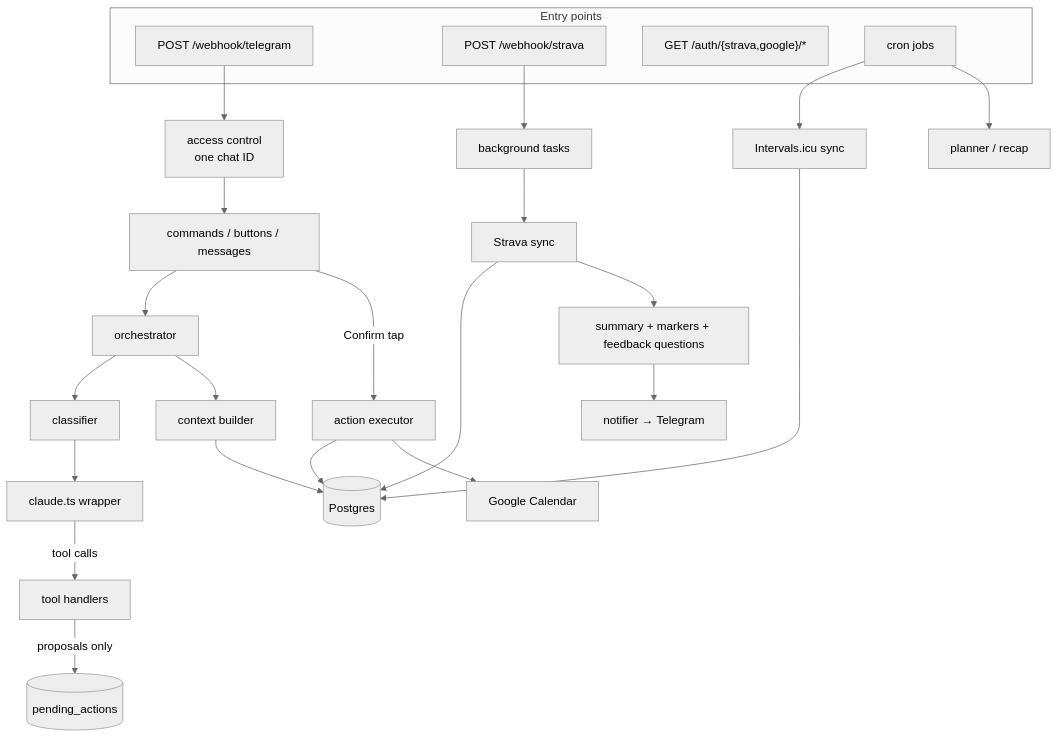
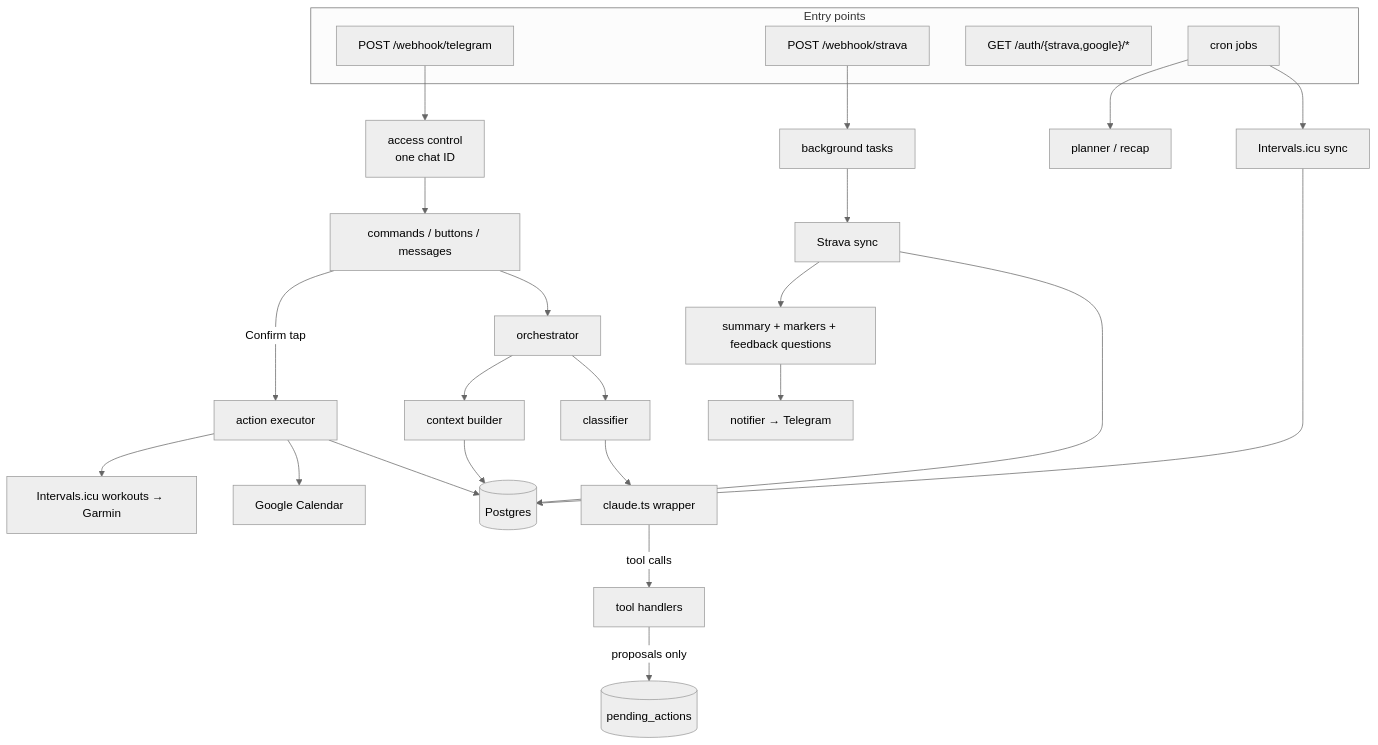
Before and after one commit to mkozmelj/croton-project: the diagram in docs/guide/05-architecture.md, drawn with Mermaid (neutral theme). The commit also changed other lines of this file and 28 other files, not shown here.

First line of the commit message:
Send planned run, bike and swim sessions to the watch via Intervals.icu

````diff
--- a/docs/guide/05-architecture.md
+++ b/docs/guide/05-architecture.md
@@ -16,20 +16,21 @@
 ```mermaid
 flowchart TB
     subgraph Entry points
         TGW["POST /webhook/telegram"]
         SW["POST /webhook/strava"]
         OA["GET /auth/{strava,google}/*"]
         CR[cron jobs]
     end
     TGW --> AC[access control<br/>one chat ID] --> CMD[commands / buttons / messages]
     CMD --> ORCH[orchestrator]
     ORCH --> CLS[classifier] --> CL[claude.ts wrapper]
     ORCH --> CTX[context builder] --> DB[(Postgres)]
     CL -->|tool calls| TH[tool handlers] -->|proposals only| PA[(pending_actions)]
     CMD -->|Confirm tap| EX[action executor] --> DB
     EX --> GC[Google Calendar]
+    EX --> IW[Intervals.icu workouts → Garmin]
     SW --> BG[background tasks] --> SYNC[Strava sync] --> DB
     SYNC --> SUM[summary + markers + feedback questions] --> NOTE[notifier → Telegram]
     CR --> ICU[Intervals.icu sync] --> DB
     CR --> PLN[planner / recap]
 ```
````
